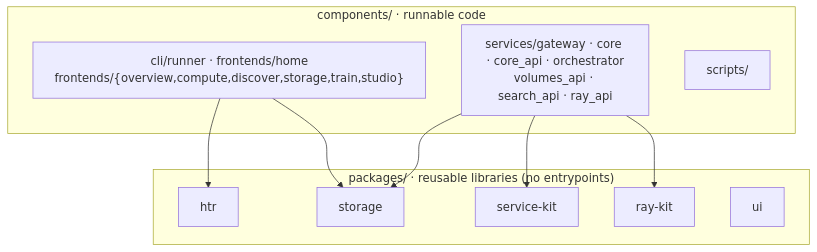
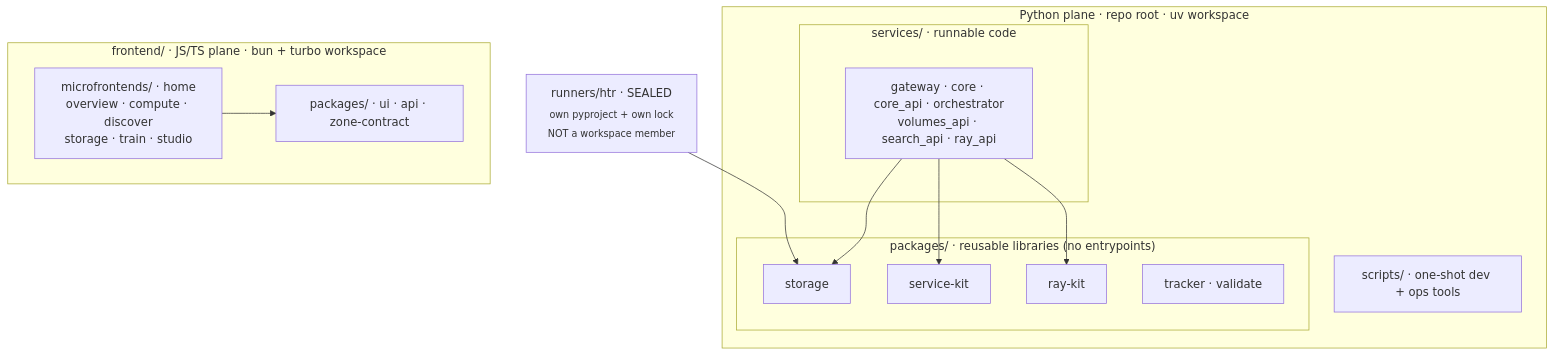
The diagram in docs/architecture/layout.md (AI-Riksarkivet/rask), drawn with Mermaid before and after one commit. The commit also changed other lines of this file and 524 other files, not shown here.

First line of the commit message:
refactor(repo)!: two language-pure planes + a sealed HTR runner

````diff
--- a/docs/architecture/layout.md
+++ b/docs/architecture/layout.md
@@ -10,20 +13,24 @@
 ```mermaid
 flowchart TD
-    subgraph components["components/ · runnable code"]
-        ca["cli/runner · frontends/home<br/>frontends/{overview,compute,discover,storage,train,studio}"]
-        cs["services/gateway · core · core_api · orchestrator<br/>volumes_api · search_api · ray_api"]
-        cx["scripts/"]
+    subgraph py["Python plane · repo root · uv workspace"]
+        subgraph services["services/ · runnable code"]
+            cs["gateway · core · core_api · orchestrator<br/>volumes_api · search_api · ray_api"]
+        end
+        subgraph packages["packages/ · reusable libraries (no entrypoints)"]
+            pst["storage"]
+            psk["service-kit"]
+            prk["ray-kit"]
+            ptv["tracker · validate"]
+        end
+        cx["scripts/ · one-shot dev + ops tools"]
     end
-    subgraph packages["packages/ · reusable libraries (no entrypoints)"]
-        ph["htr"]
-        pst["storage"]
-        psk["service-kit"]
-        prk["ray-kit"]
-        pc["ui"]
+    subgraph js["frontend/ · JS/TS plane · bun + turbo workspace"]
+        mf["microfrontends/ · home<br/>overview · compute · discover<br/>storage · train · studio"]
+        fpk["packages/ · ui · api · zone-contract"]
     end
-    ca --> ph
-    ca --> pst
+    rn["runners/htr · SEALED<br/><sub>own pyproject + own lock<br/>NOT a workspace member</sub>"] --> pst
     cs --> psk
     cs --> prk
     cs --> pst
+    mf --> fpk
 ```
````
